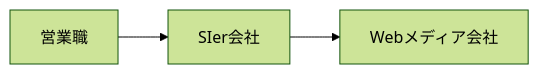
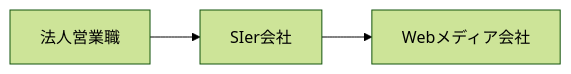
Before and after one commit to hana-megane/hana-megane: the second of 2 diagrams in README.md, drawn with Mermaid (forest theme). The commit also changed other lines of this file, not shown here.

````diff
--- a/README.md
+++ b/README.md
@@ -47,5 +51,5 @@
 ```mermaid
 graph LR;
-    営業職 --> SIer会社;
+    法人営業職 --> SIer会社;
     SIer会社 --> Webメディア会社;
 ```
````
